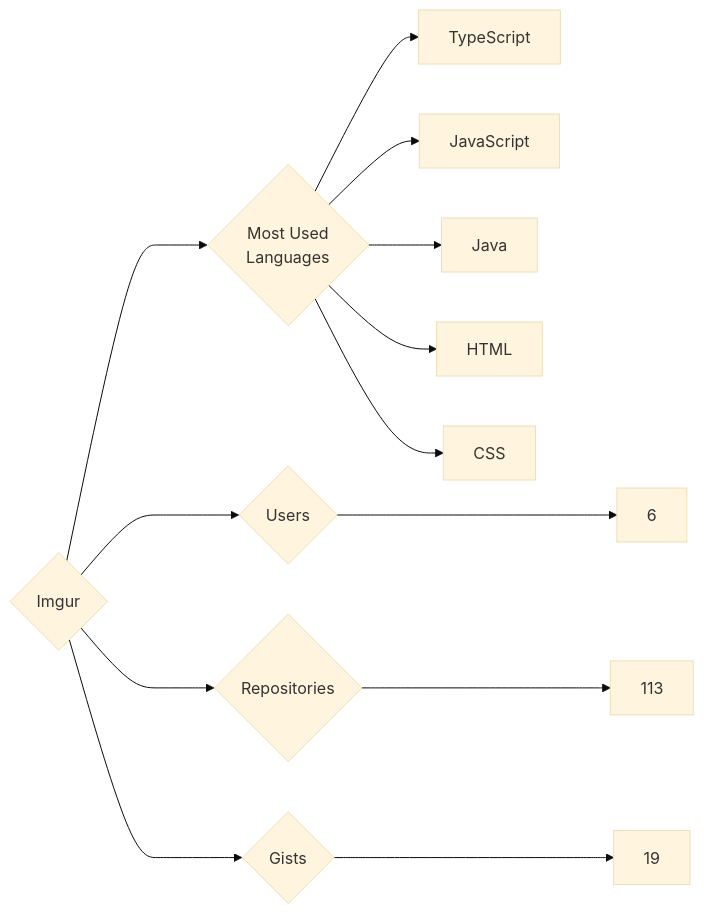
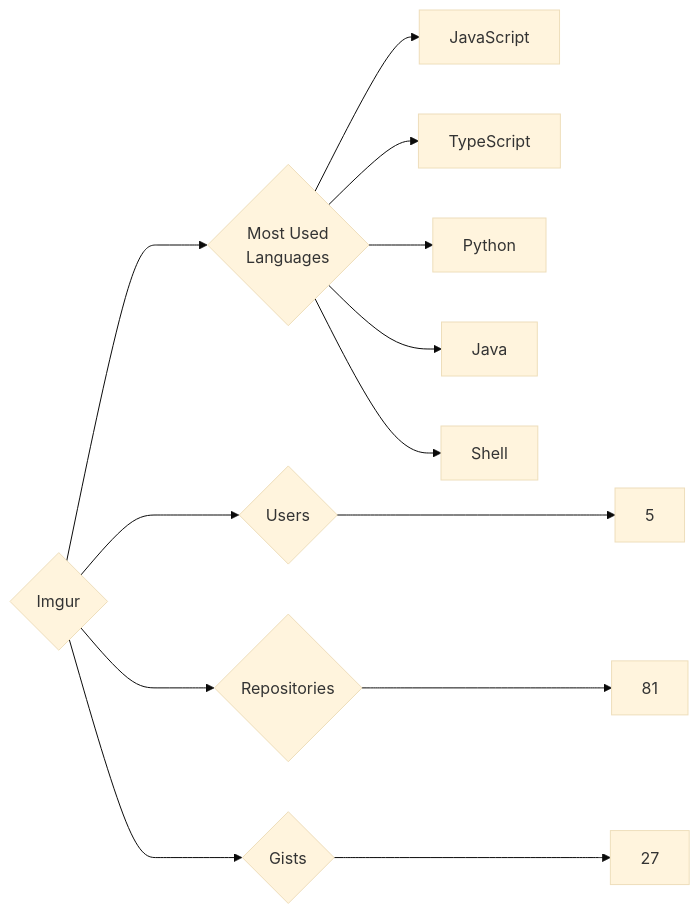
The diagram in targets/Imgur/README.md (trickest/insiders), drawn with Mermaid (base theme) before and after one commit. The commit also changed 783 other files, not shown here.

````diff
--- a/targets/Imgur/README.md
+++ b/targets/Imgur/README.md
@@ -3,13 +3,13 @@
 ```mermaid
 graph LR
 COMPANY_NAME{Imgur}
-COMPANY_NAME ---> U{Users} ---> UN[6]
-COMPANY_NAME ---> R{Repositories} ---> RN[113]
-COMPANY_NAME ---> G{Gists} ---> GN[19]
+COMPANY_NAME ---> U{Users} ---> UN[5]
+COMPANY_NAME ---> R{Repositories} ---> RN[81]
+COMPANY_NAME ---> G{Gists} ---> GN[27]
 COMPANY_NAME ---> ML{Most Used<br>Languages}
+ML --> JavaScript[JavaScript]
 ML --> TypeScript[TypeScript]
-ML --> JavaScript[JavaScript]
+ML --> Python[Python]
 ML --> Java[Java]
-ML --> HTML[HTML]
-ML --> CSS[CSS]
+ML --> Shell[Shell]
 ```
````
